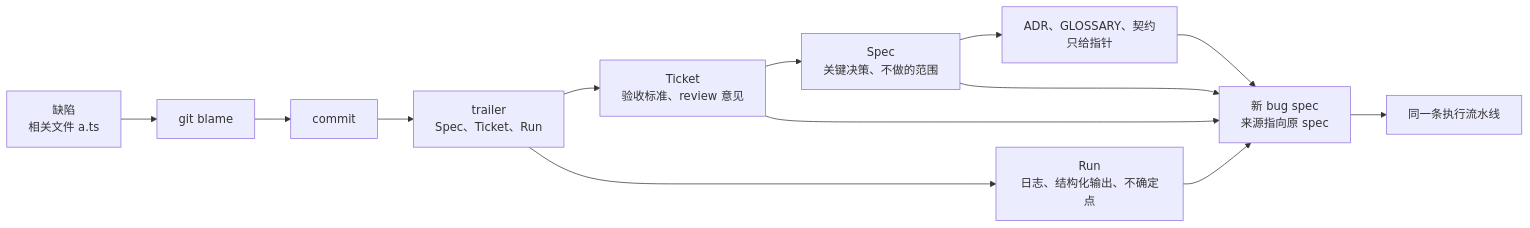
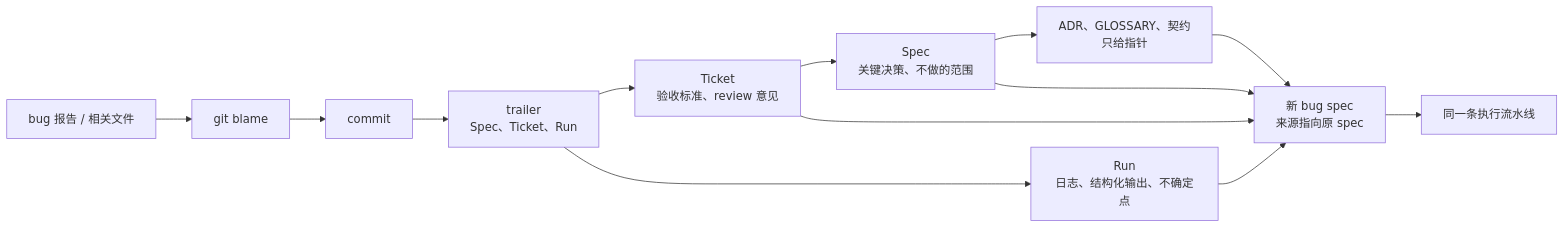
Before and after one commit to xxh171015/afk-platform: diagram 22 of 24 in docs/design.md, drawn with Mermaid. The commit also changed other lines of this file and 1 other file, not shown here.

````diff
--- a/docs/design.md
+++ b/docs/design.md
@@ -1088,15 +1092,15 @@
 ```mermaid
 flowchart LR
-    bug["缺陷<br/>相关文件 a.ts"] --> blame["git blame"]
+    bug["bug 报告 / 相关文件"] --> blame["git blame"]
     blame --> cm["commit"]
     cm --> tr["trailer<br/>Spec、Ticket、Run"]
     tr --> tk["Ticket<br/>验收标准、review 意见"]
     tr --> rn["Run<br/>日志、结构化输出、不确定点"]
     tk --> sp["Spec<br/>关键决策、不做的范围"]
     sp --> dk["ADR、GLOSSARY、契约<br/>只给指针"]
     sp --> ns["新 bug spec<br/>来源指向原 spec"]
     tk --> ns
     rn --> ns
     dk --> ns
     ns --> pipe["同一条执行流水线"]
 ```
````
